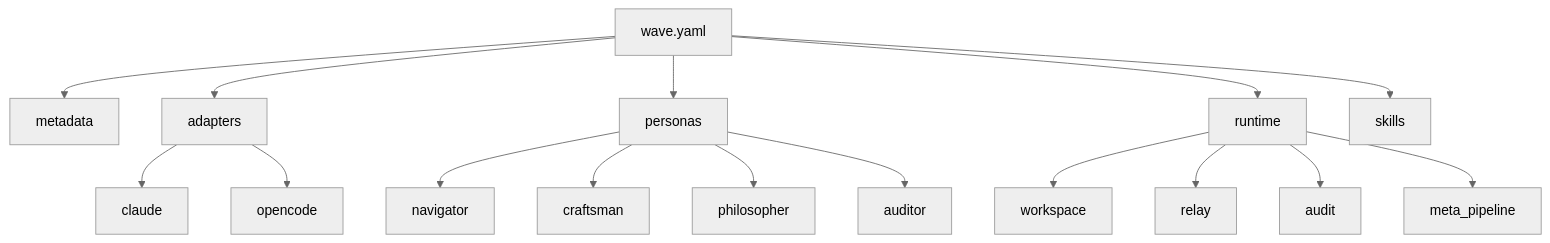
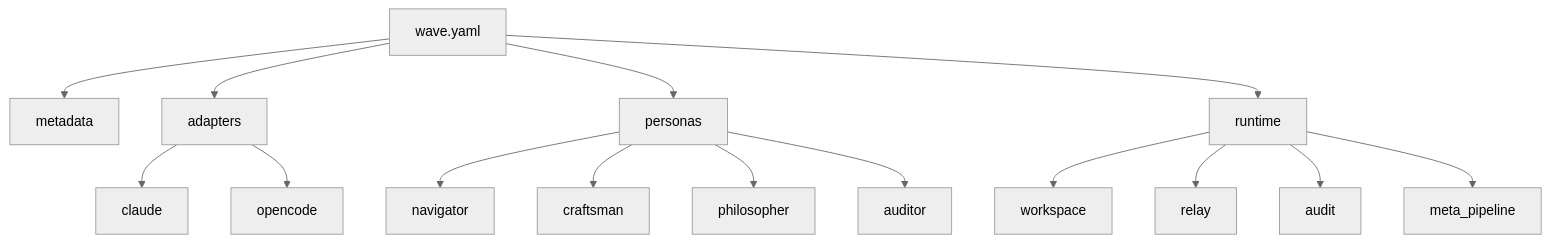
The diagram in docs/concepts/manifests.md (re-cinq/wave), drawn with Mermaid (neutral theme) before and after one commit. The commit also changed other lines of this file and 21 other files, not shown here.

````diff
--- a/docs/concepts/manifests.md
+++ b/docs/concepts/manifests.md
@@ -16,18 +16,17 @@
 ```mermaid
 graph TD
     M[wave.yaml] --> MD[metadata]
     M --> A[adapters]
     M --> P[personas]
     M --> R[runtime]
-    M --> S[skills]
     A --> A1[claude]
     A --> A2[opencode]
     P --> P1[navigator]
     P --> P2[craftsman]
     P --> P3[philosopher]
     P --> P4[auditor]
     R --> R1[workspace]
     R --> R2[relay]
     R --> R3[audit]
     R --> R4[meta_pipeline]
 ```
````
